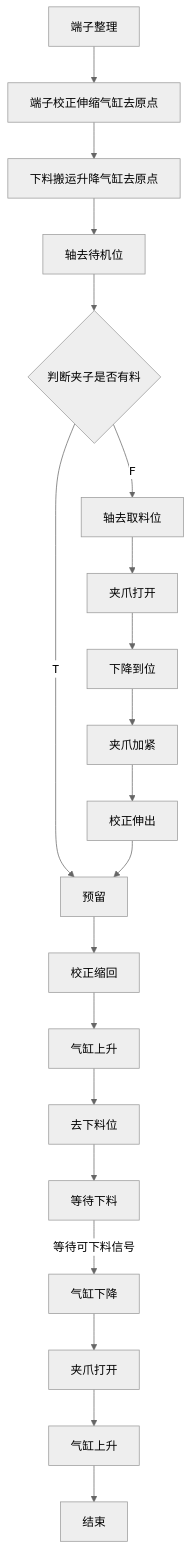
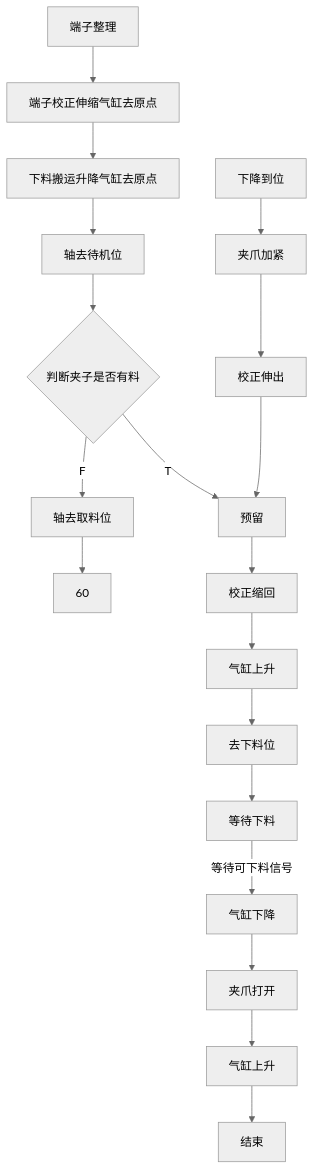
The diagram in all/VR-OP90端子整理.md (zmq000/iodraw-files), drawn with Mermaid (neutral theme) before and after one commit.

Commit message:
2026-06-18 11:05:30 update

````diff
--- a/all/VR-OP90端子整理.md
+++ b/all/VR-OP90端子整理.md
@@ -1,26 +1,26 @@
 ```mermaid
 graph TD
 0[端子整理]-->10
 10[端子校正伸缩气缸去原点]-->20
 20[下料搬运升降气缸去原点]-->30
 30[轴去待机位]-->40
 40{判断夹子是否有料}-->|T|100
 40-->|F|50
 50[轴去取料位]-->60
-60[夹爪打开]-->70
+%% 60[夹爪打开]-->70
 70[下降到位]-->80
 80[夹爪加紧]-->90
 90[校正伸出]-->100
 100[预留]-->110
 110[校正缩回]-->120
 120[气缸上升]-->130
 130[去下料位]-->140
 140[等待下料]-->|等待可下料信号|150
 150[气缸下降]-->160
 160[夹爪打开]-->170
 170[气缸上升]-->180
 180[结束]
 
 
   
 ```
````
